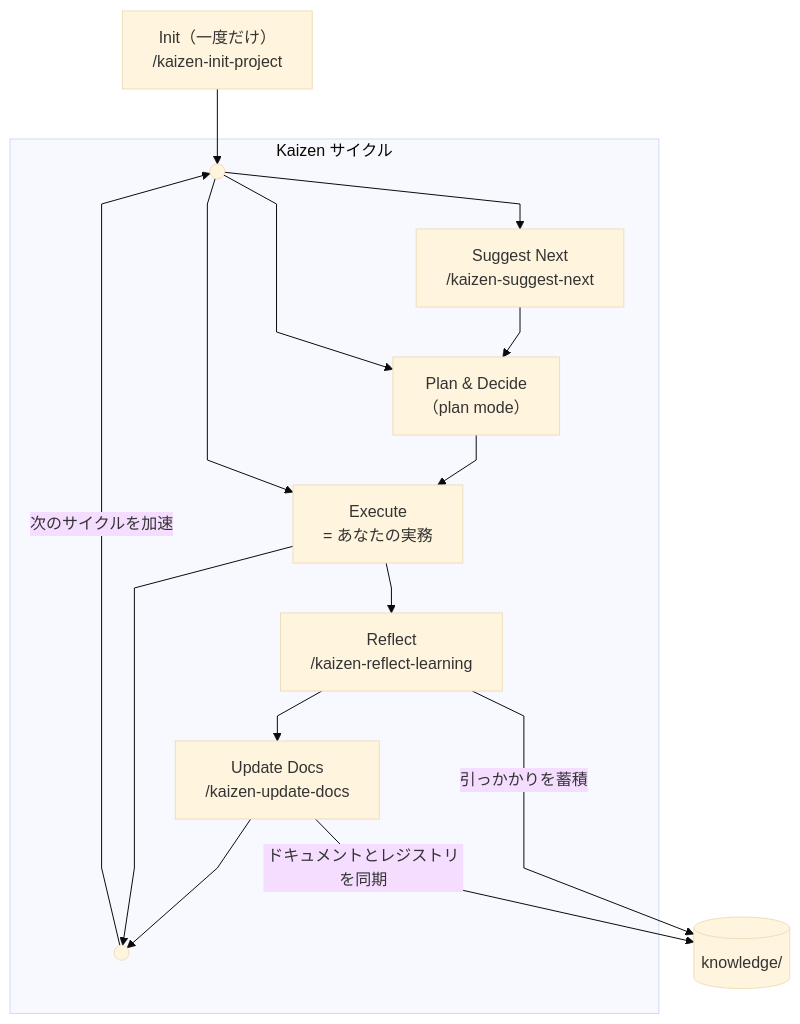
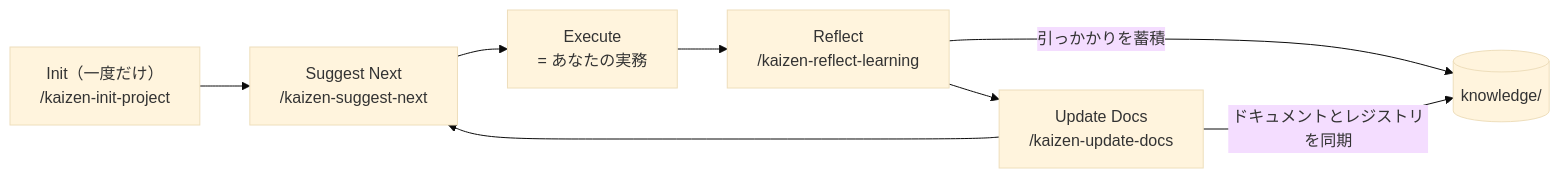
One commit to tomfook/kaizen-cli changed the diagram in docs/CONCEPT.ja.md. Above: the diagram before and after it, drawn with Mermaid (base theme). The commit also changed other lines of this file and 5 other files, not shown here.

First line of the commit message:
docs: simplify Kaizen cycle — remove Plan & Decide, add Update Docs

````diff
--- a/docs/CONCEPT.ja.md
+++ b/docs/CONCEPT.ja.md
@@ -45,30 +45,10 @@
 ```mermaid
----
-config:
-  flowchart:
-    curve: linear
----
-graph TD
-    Init["Init（一度だけ）<br>/kaizen-init-project"] --> Start
+graph LR
+    Init["Init（一度だけ）<br>/kaizen-init-project"] --> Suggest
 
-    subgraph Cycle [" Kaizen サイクル "]
-        Start((" "))
-        Suggest["Suggest Next<br>/kaizen-suggest-next"]
-        Plan["Plan & Decide<br>（plan mode）"]
-        Execute["Execute<br>= あなたの実務"]
-        Reflect["Reflect<br>/kaizen-reflect-learning"]
-        End((" "))
+    Suggest["Suggest Next<br>/kaizen-suggest-next"] --> Execute["Execute<br>= あなたの実務"] --> Reflect["Reflect<br>/kaizen-reflect-learning"] --> UpdateDocs["Update Docs<br>/kaizen-update-docs"] --> Suggest
 
-        Start --> Suggest --> Plan --> Execute --> Reflect --> UpdateDocs --> End
-        Start --> Plan
-        Start --> Execute
-        Execute --> End
-    end
-
-    UpdateDocs["Update Docs<br>/kaizen-update-docs"]
     Knowledge[("knowledge/")]
-    Execute ~~~ Knowledge
     Reflect -->|"引っかかりを蓄積"| Knowledge
     UpdateDocs -->|"ドキュメントとレジストリを同期"| Knowledge
-    End -->|"次のサイクルを加速"| Start
 ```
````
